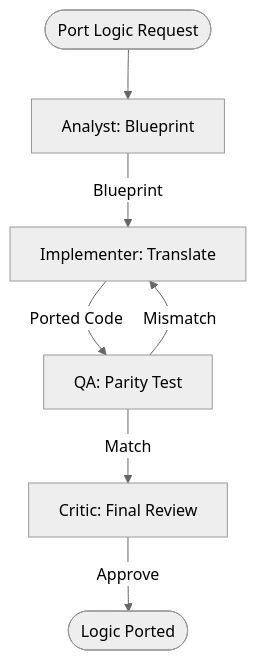
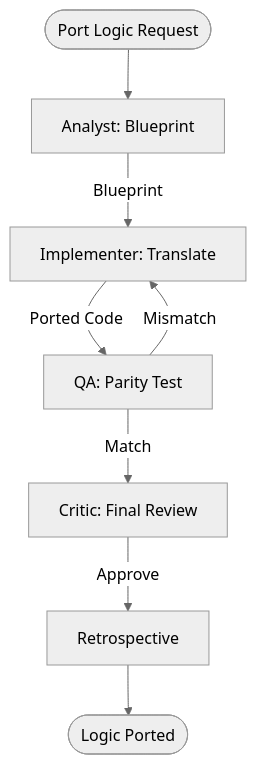
One commit to seanspiesman/Agents-and-Workflows changed the diagram in custom-agents/workflows/arcgis/SpatialLogicPort.workflow.md. Above: the diagram before and after it, drawn with Mermaid (neutral theme). The commit also changed other lines of this file and 38 other files, not shown here.

````diff
--- a/custom-agents/workflows/arcgis/SpatialLogicPort.workflow.md
+++ b/custom-agents/workflows/arcgis/SpatialLogicPort.workflow.md
@@ -58,9 +66,10 @@
 ```mermaid
 flowchart TD
     Start([Port Logic Request]) --> P1[Analyst: Blueprint]
     P1 -->|Blueprint| P2[Implementer: Translate]
     P2 -->|Ported Code| P3[QA: Parity Test]
     P3 -->|Mismatch| P2
     P3 -->|Match| P4[Critic: Final Review]
-    P4 -->|Approve| End([Logic Ported])
+    P4 -->|Approve| P5[Retrospective]
+    P5 --> End([Logic Ported])
 ```
````
